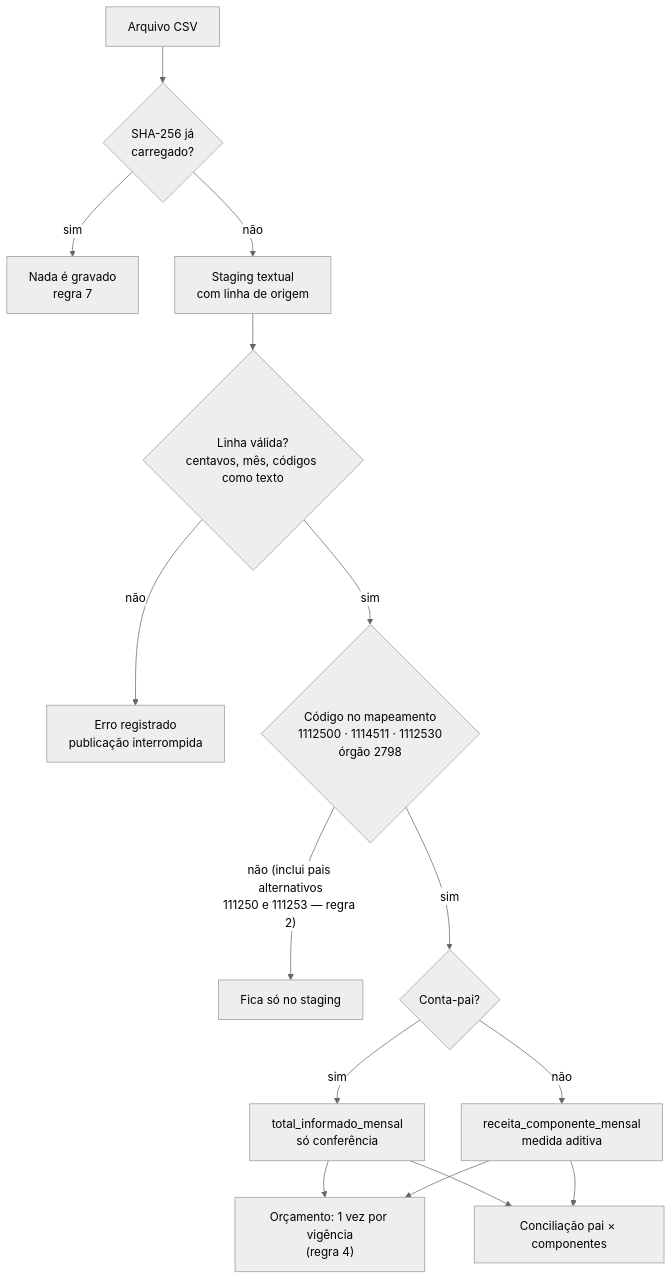
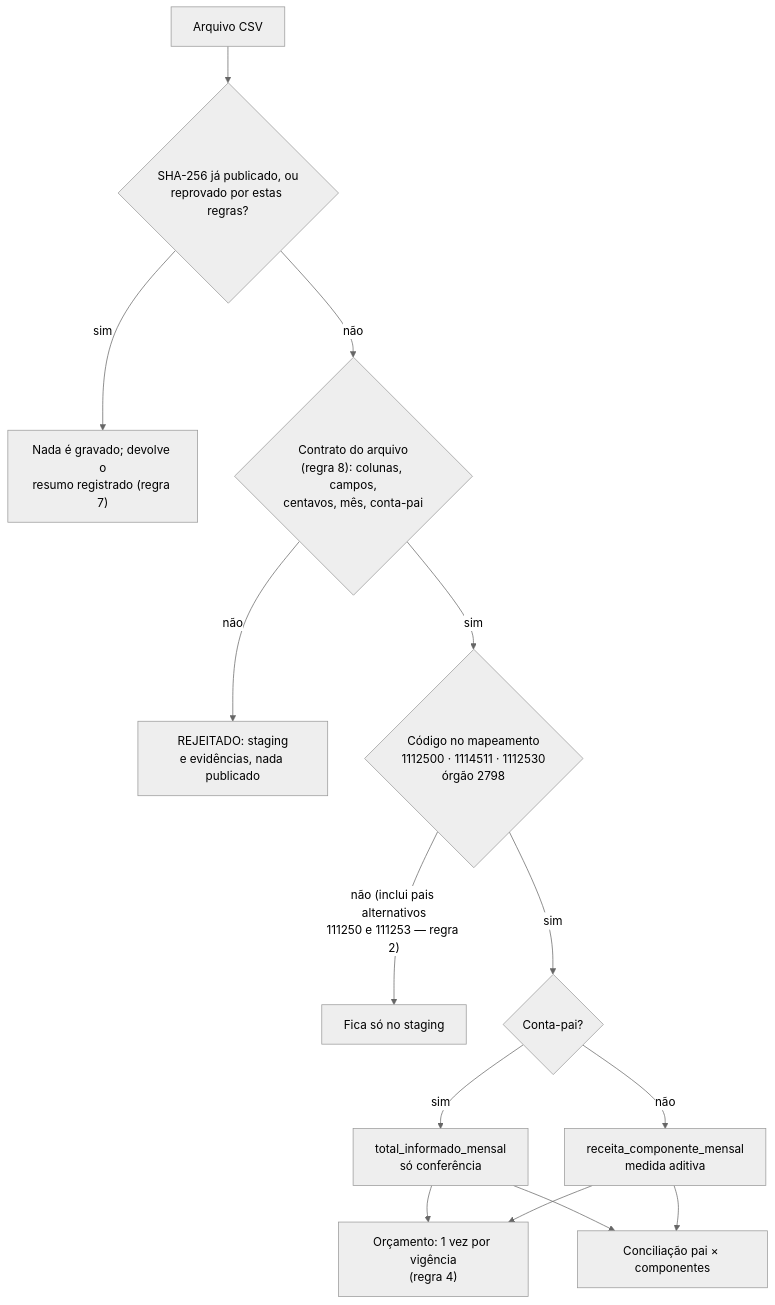
Diagram 37 of 45 in docs/REQUISITOS_UML.md (guilhermercmoraes-tech/PI2_Sprint2-Grupo-1-UFT), drawn with Mermaid (neutral theme) before and after one commit. The commit also changed other lines of this file and 23 other files, not shown here.

````diff
--- a/docs/REQUISITOS_UML.md
+++ b/docs/REQUISITOS_UML.md
@@ -1324,15 +1328,14 @@
 ```mermaid
 flowchart TD
-    CSV[Arquivo CSV] --> SHA{SHA-256 já<br/>carregado?}
-    SHA -- sim --> FIM1[Nada é gravado<br/>regra 7]
-    SHA -- não --> STG[Staging textual<br/>com linha de origem]
-    STG --> VAL{Linha válida?<br/>centavos, mês, códigos como texto}
-    VAL -- não --> ERR[Erro registrado<br/>publicação interrompida]
+    CSV[Arquivo CSV] --> SHA{"SHA-256 já publicado, ou<br/>reprovado por estas regras?"}
+    SHA -- sim --> FIM1["Nada é gravado; devolve o<br/>resumo registrado (regra 7)"]
+    SHA -- não --> VAL{"Contrato do arquivo<br/>(regra 8): colunas, campos,<br/>centavos, mês, conta-pai"}
+    VAL -- não --> ERR["REJEITADO: staging<br/>e evidências, nada publicado"]
     VAL -- sim --> MAP{"Código no mapeamento<br/>1112500 · 1114511 · 1112530<br/>órgão 2798"}
     MAP -- "não (inclui pais alternativos<br/>111250 e 111253 — regra 2)" --> NM[Fica só no staging]
     MAP -- sim --> PAP{Conta-pai?}
     PAP -- sim --> TOT[total_informado_mensal<br/>só conferência]
     PAP -- não --> COMP[receita_componente_mensal<br/>medida aditiva]
     TOT & COMP --> ORC["Orçamento: 1 vez por vigência<br/>(regra 4)"]
     TOT & COMP --> CONC[Conciliação pai × componentes]
 ```
````
